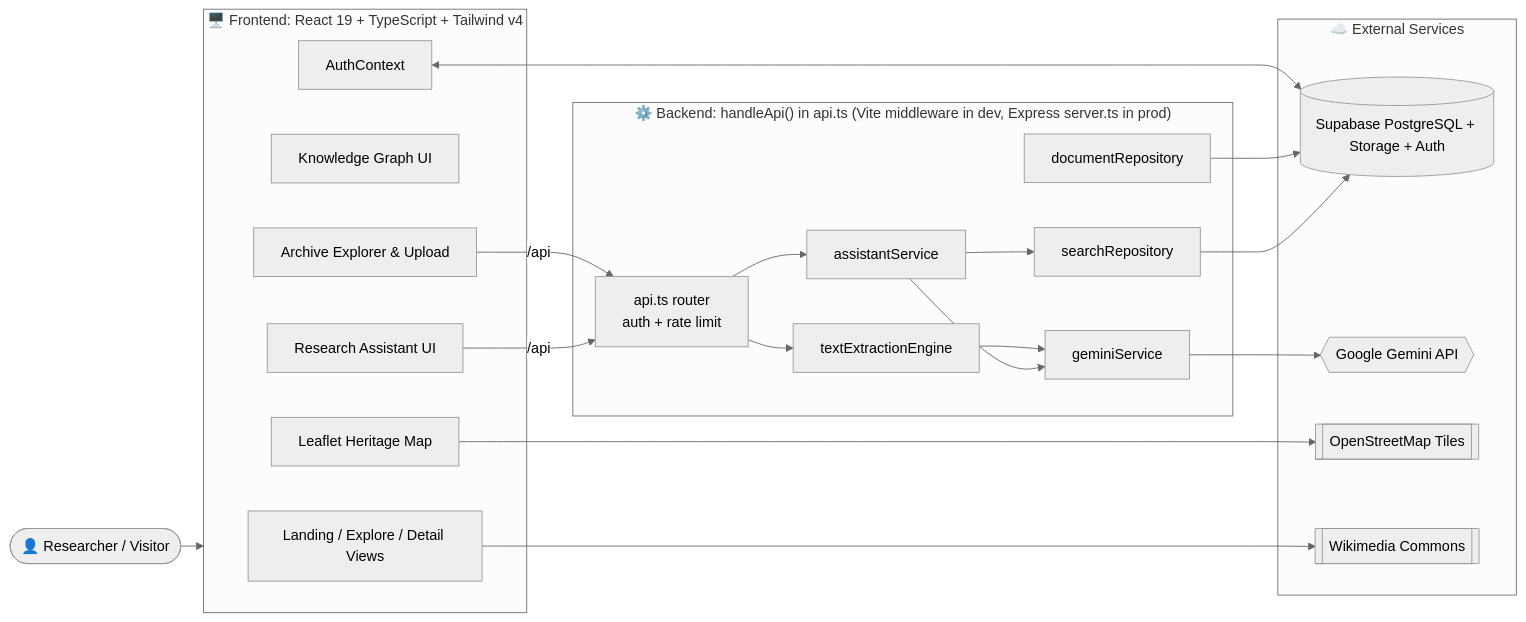
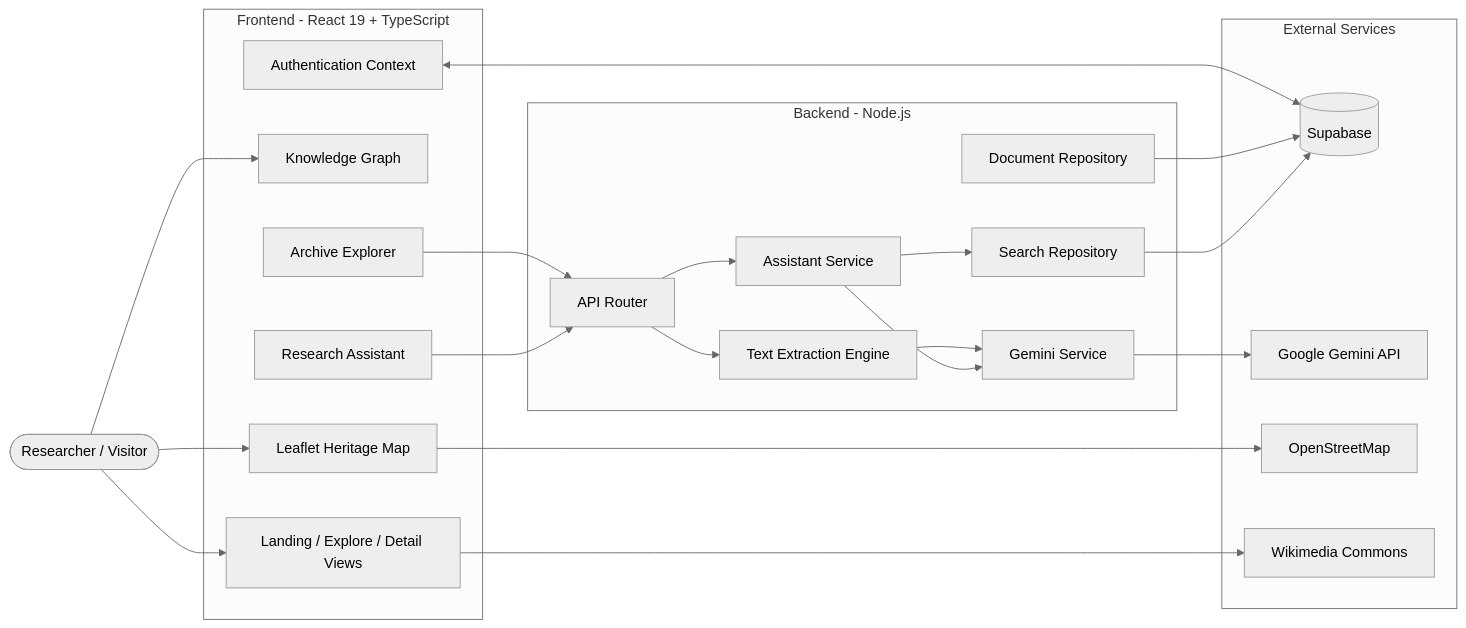
One commit to bpvankar496-ux/HackIITG changed the first of 4 diagrams in README.md. Above: the diagram before and after it, drawn with Mermaid (neutral theme). The commit also changed other lines of this file, not shown here.

Commit message:
Improve README with architecture, API reference and folder structure

````diff
--- a/README.md
+++ b/README.md
@@ -87,44 +94,46 @@
 ```mermaid
 flowchart LR
-    U([👤 Researcher / Visitor])
+    U([Researcher / Visitor])
 
-    subgraph Client["🖥️ Frontend: React 19 + TypeScript + Tailwind v4"]
+    subgraph Client["Frontend - React 19 + TypeScript"]
         UI[Landing / Explore / Detail Views]
-        KG[Knowledge Graph UI]
+        KG[Knowledge Graph]
         MAP[Leaflet Heritage Map]
-        VAULT[Archive Explorer & Upload]
-        CHAT[Research Assistant UI]
-        AUTH[AuthContext]
+        VAULT[Archive Explorer]
+        CHAT[Research Assistant]
+        AUTH[Authentication Context]
     end
 
-    subgraph Server["⚙️ Backend: handleApi() in api.ts (Vite middleware in dev, Express server.ts in prod)"]
-        API[api.ts router<br/>auth + rate limit]
-        ASSIST[assistantService]
-        GEM[geminiService]
-        EXTRACT[textExtractionEngine]
-        DOCREPO[documentRepository]
-        SEARCH[searchRepository]
+    subgraph Server["Backend - Node.js"]
+        API[API Router]
+        ASSIST[Assistant Service]
+        GEM[Gemini Service]
+        EXTRACT[Text Extraction Engine]
+        DOC[Document Repository]
+        SEARCH[Search Repository]
     end
 
-    subgraph Cloud["☁️ External Services"]
-        SB[(Supabase PostgreSQL + Storage + Auth)]
-        GEMINI{{Google Gemini API}}
-        OSM[[OpenStreetMap Tiles]]
-        WM[[Wikimedia Commons]]
+    subgraph Cloud["External Services"]
+        SB[(Supabase)]
+        GEMINI[Google Gemini API]
+        OSM[OpenStreetMap]
+        WM[Wikimedia Commons]
     end
 
-    U --> Client
+    U --> UI
+    U --> KG
+    U --> MAP
     AUTH <--> SB
     MAP --> OSM
     UI --> WM
-    VAULT -->|/api| API
-    CHAT -->|/api| API
+    VAULT --> API
+    CHAT --> API
     API --> EXTRACT
     API --> ASSIST
     EXTRACT --> GEM
     ASSIST --> SEARCH
     ASSIST --> GEM
-    DOCREPO --> SB
+    DOC --> SB
     SEARCH --> SB
     GEM --> GEMINI
 ```
````
